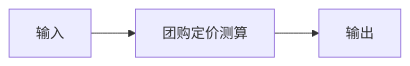
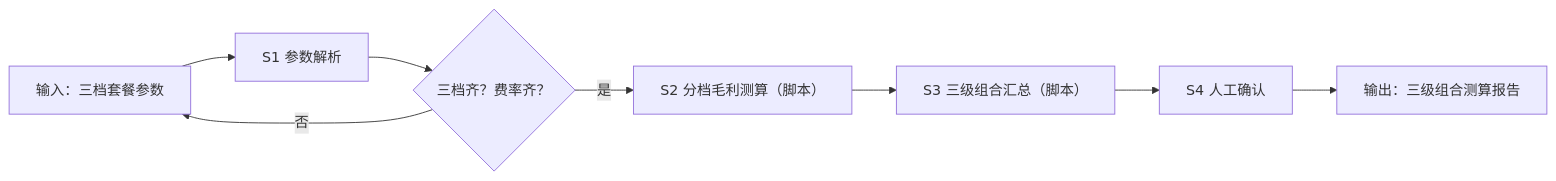
One commit to bangwozuo/groupbuy-designer-zh changed the diagram in workflows/package-structure-design-flow/SKILL.md. Above: the diagram before and after it, drawn with Mermaid. The commit also changed other lines of this file and 76 other files, not shown here.

````diff
--- a/workflows/package-structure-design-flow/SKILL.md
+++ b/workflows/package-structure-design-flow/SKILL.md
@@ -26,8 +33,10 @@
 ```mermaid
 flowchart LR
-    IN["输入"]
-    S1["团购定价测算"]
-    OUT["输出"]
-    IN --> S1
-    S1 --> OUT
+    IN["输入：三档套餐参数"] --> S1["S1 参数解析"]
+    S1 --> Q1{"三档齐？费率齐？"}
+    Q1 -- 否 --> IN
+    Q1 -- 是 --> S2["S2 分档毛利测算（脚本）"]
+    S2 --> S3["S3 三级组合汇总（脚本）"]
+    S3 --> S4["S4 人工确认"]
+    S4 --> OUT["输出：三级组合测算报告"]
 ```
````
